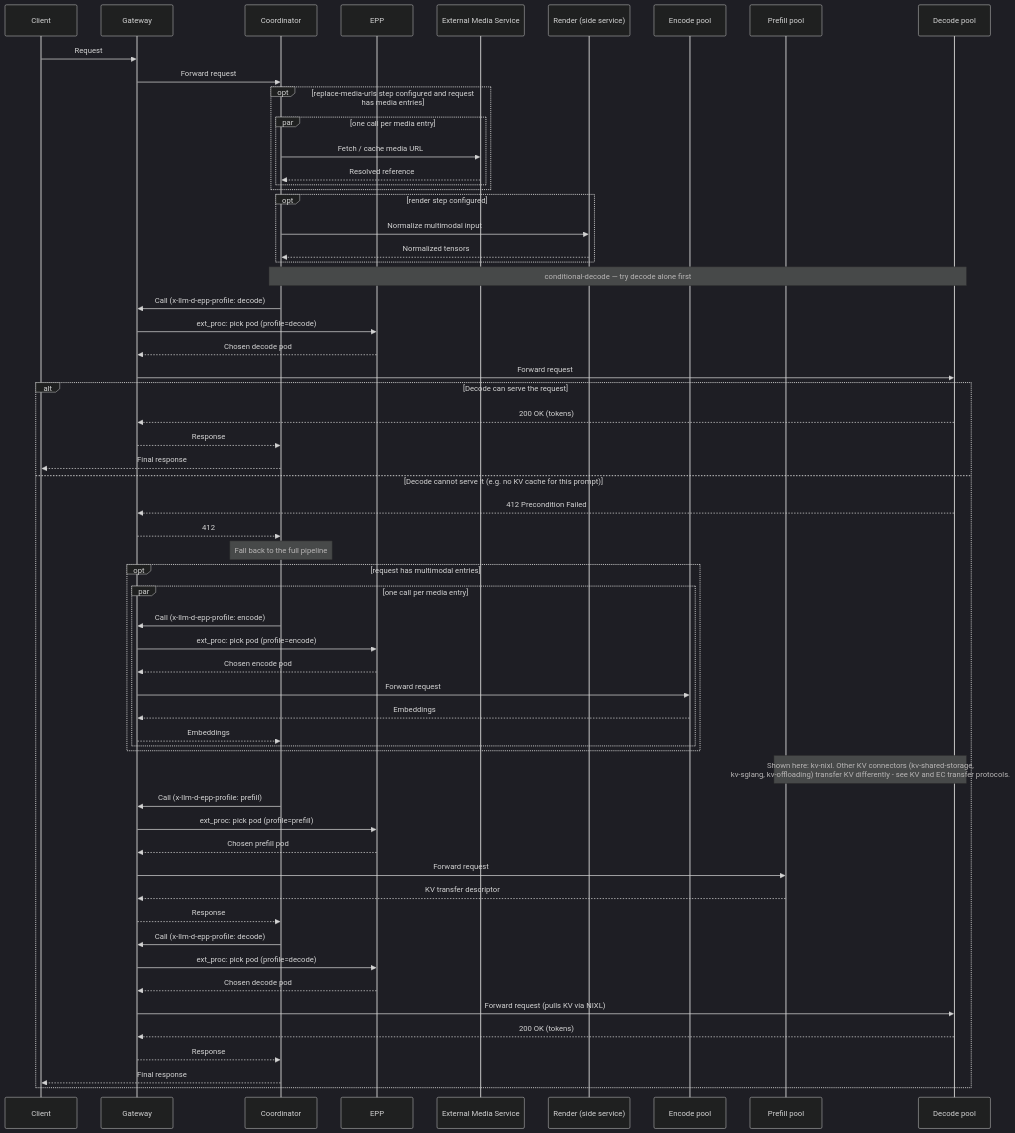
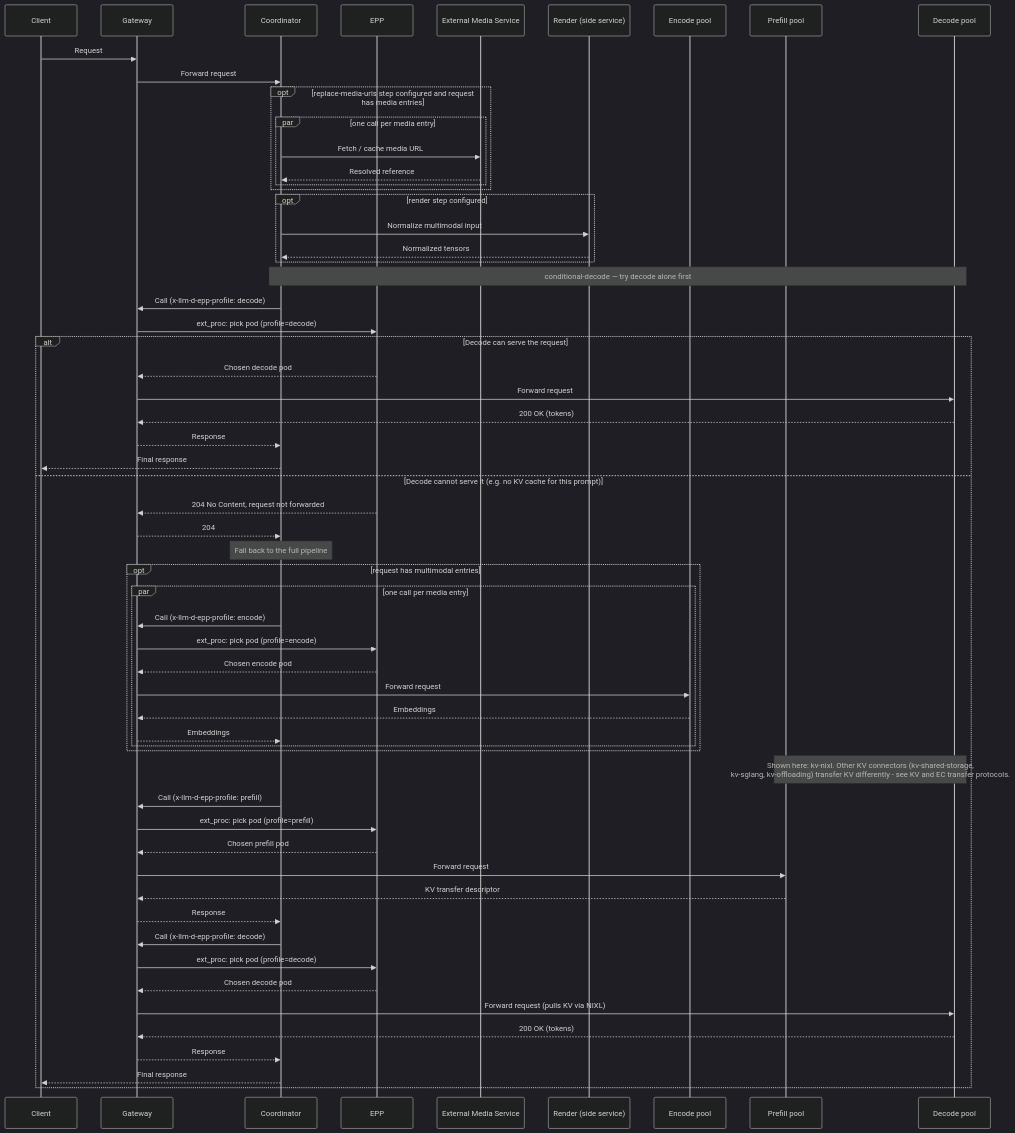
Before and after one commit to llm-d/llm-d-router: the diagram in docs/coordinator_architecture.md, drawn with Mermaid (dark theme). The commit also changed other lines of this file and 26 other files, not shown here.

````diff
--- a/docs/coordinator_architecture.md
+++ b/docs/coordinator_architecture.md
@@ -145,70 +145,70 @@
 ```mermaid
 sequenceDiagram
     participant Client
     participant Gateway
     participant Coordinator
     participant EPP
     participant Media as External Media Service
     participant Render as Render (side service)
     participant Encode as Encode pool
     participant Prefill as Prefill pool
     participant Decode as Decode pool
 
     Client->>Gateway: Request
     Gateway->>Coordinator: Forward request
 
     opt replace-media-urls step configured and request has media entries
         par one call per media entry
             Coordinator->>Media: Fetch / cache media URL
             Media-->>Coordinator: Resolved reference
         end
     end
 
     opt render step configured
         Coordinator->>Render: Normalize multimodal input
         Render-->>Coordinator: Normalized tensors
     end
 
     Note over Coordinator,Decode: conditional-decode — try decode alone first
     Coordinator->>Gateway: Call (x-llm-d-epp-profile: decode)
     Gateway->>EPP: ext_proc: pick pod (profile=decode)
-    EPP-->>Gateway: Chosen decode pod
-    Gateway->>Decode: Forward request
 
     alt Decode can serve the request
+        EPP-->>Gateway: Chosen decode pod
+        Gateway->>Decode: Forward request
         Decode-->>Gateway: 200 OK (tokens)
         Gateway-->>Coordinator: Response
         Coordinator-->>Client: Final response
     else Decode cannot serve it (e.g. no KV cache for this prompt)
-        Decode-->>Gateway: 412 Precondition Failed
-        Gateway-->>Coordinator: 412
+        EPP-->>Gateway: 204 No Content, request not forwarded
+        Gateway-->>Coordinator: 204
         Note over Coordinator: Fall back to the full pipeline
 
         opt request has multimodal entries
             par one call per media entry
                 Coordinator->>Gateway: Call (x-llm-d-epp-profile: encode)
                 Gateway->>EPP: ext_proc: pick pod (profile=encode)
                 EPP-->>Gateway: Chosen encode pod
                 Gateway->>Encode: Forward request
                 Encode-->>Gateway: Embeddings
                 Gateway-->>Coordinator: Embeddings
             end
         end
 
         Note over Prefill,Decode: Shown here: kv-nixl. Other KV connectors (kv-shared-storage,<br/>kv-sglang, kv-offloading) transfer KV differently - see KV and EC transfer protocols.
         Coordinator->>Gateway: Call (x-llm-d-epp-profile: prefill)
         Gateway->>EPP: ext_proc: pick pod (profile=prefill)
         EPP-->>Gateway: Chosen prefill pod
         Gateway->>Prefill: Forward request
         Prefill-->>Gateway: KV transfer descriptor
         Gateway-->>Coordinator: Response
 
         Coordinator->>Gateway: Call (x-llm-d-epp-profile: decode)
         Gateway->>EPP: ext_proc: pick pod (profile=decode)
         EPP-->>Gateway: Chosen decode pod
         Gateway->>Decode: Forward request (pulls KV via NIXL)
         Decode-->>Gateway: 200 OK (tokens)
         Gateway-->>Coordinator: Response
         Coordinator-->>Client: Final response
     end
 ```
````
